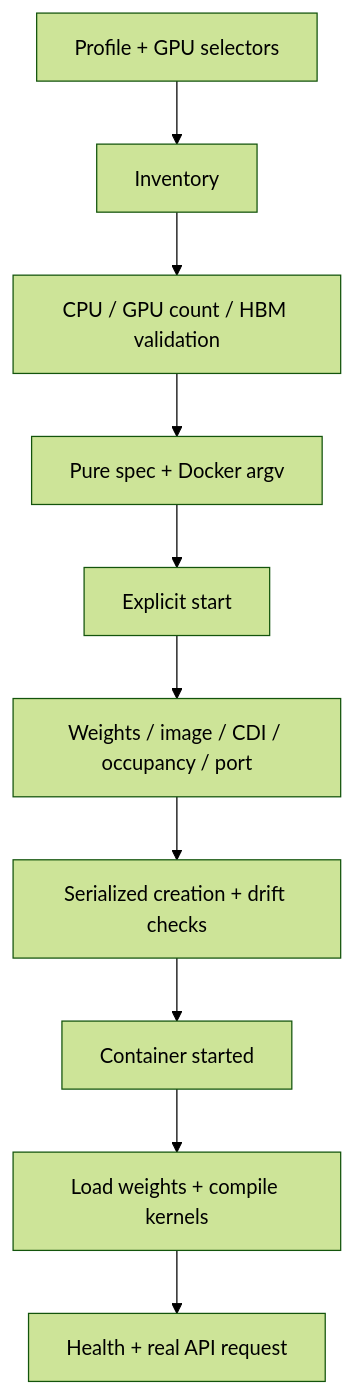
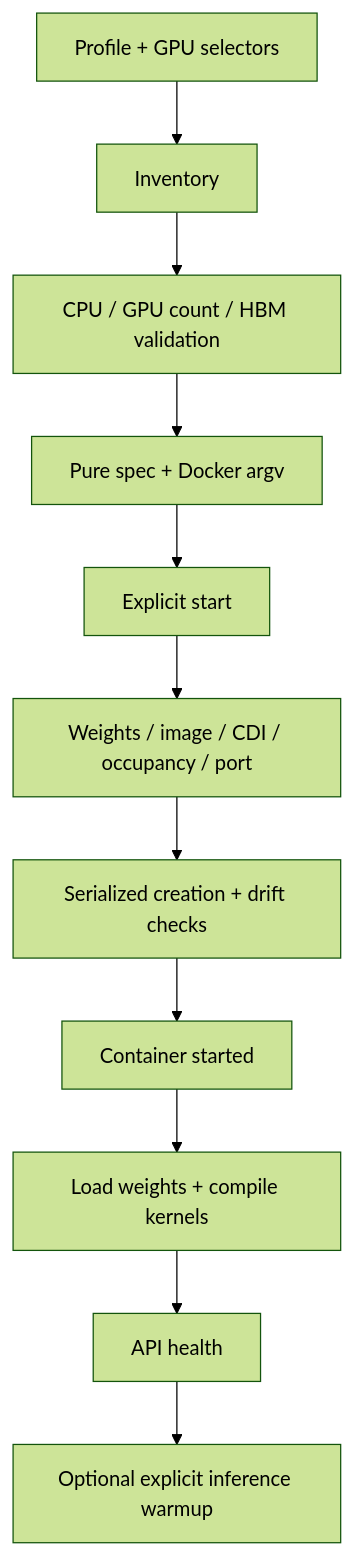
The diagram in docs/en/architecture.md (junli-nv/local-ai), drawn with Mermaid (forest theme) before and after one commit. The commit also changed other lines of this file and 22 other files, not shown here.

First line of the commit message:
feat: add optional DSpark profile and explicit inference warmup

````diff
--- a/docs/en/architecture.md
+++ b/docs/en/architecture.md
@@ -39,12 +40,13 @@
 ```mermaid
 flowchart TD
     Inputs[Profile + GPU selectors] --> Inventory
     Inventory --> Policy[CPU / GPU count / HBM validation]
     Policy --> Plan[Pure spec + Docker argv]
     Plan --> Start[Explicit start]
     Start --> Checks[Weights / image / CDI / occupancy / port]
     Checks --> Lock[Serialized creation + drift checks]
     Lock --> Container[Container started]
     Container --> Warm[Load weights + compile kernels]
-    Warm --> Ready[Health + real API request]
+    Warm --> Ready[API health]
+    Ready --> Opt[Optional explicit inference warmup]
 ```
````
